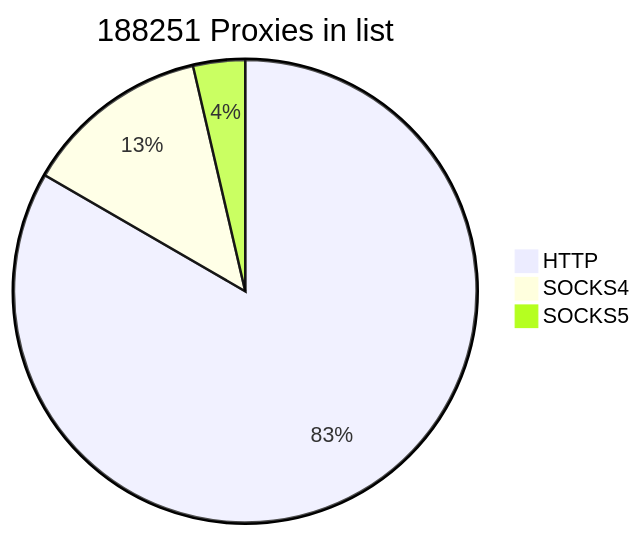
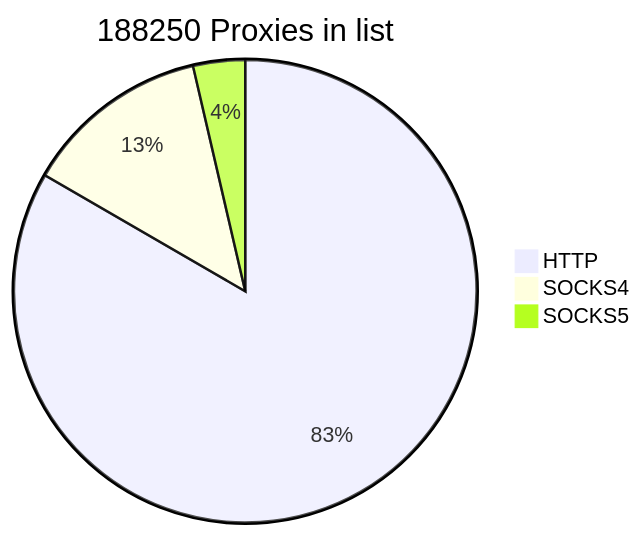
The first of 2 diagrams in README.md (cutipu/proxylist), drawn with Mermaid before and after one commit.

````diff
--- a/README.md
+++ b/README.md
@@ -2,7 +2,7 @@
 ```mermaid
-pie title 188251 Proxies in list
+pie title 188250 Proxies in list
     "HTTP" : 156914
-    "SOCKS4" : 24508
+    "SOCKS4" : 24507
     "SOCKS5" : 6829
             
 ```
````
